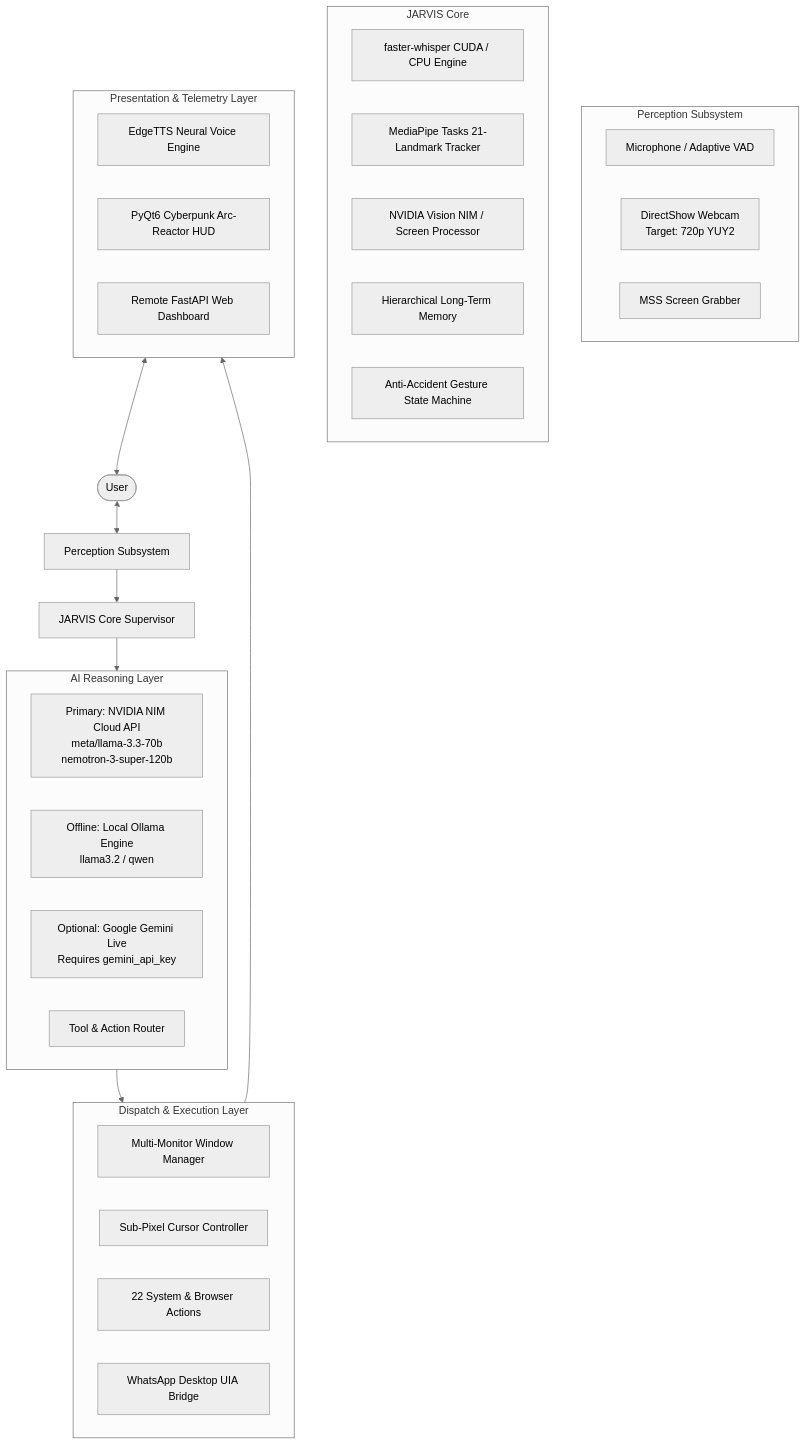
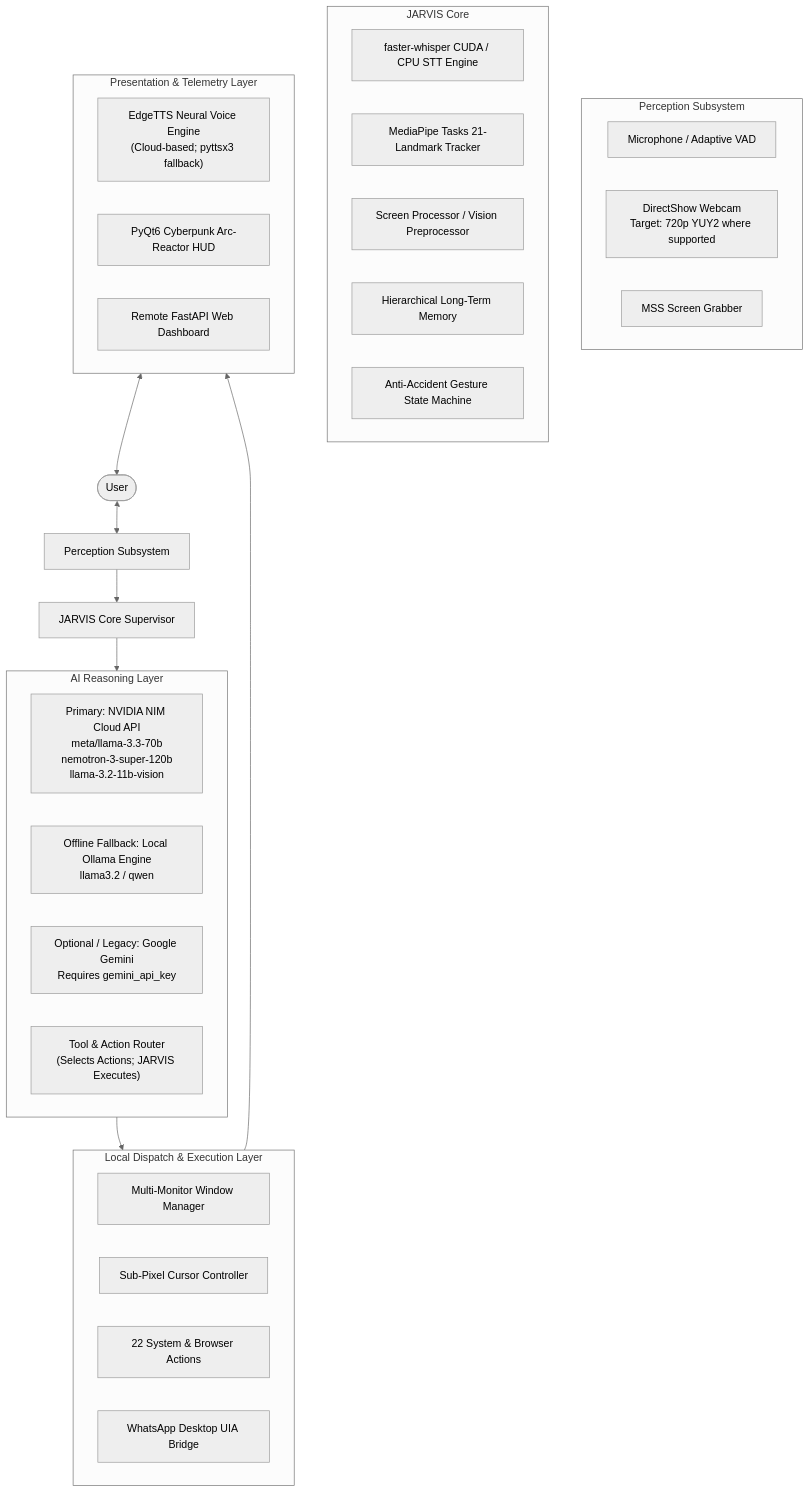
One commit to BitCrush777/Jarvis-Ai-Assistant changed the diagram in README.md. Above: the diagram before and after it, drawn with Mermaid (neutral theme). The commit also changed other lines of this file, not shown here.

Commit message:
docs: finalize README accuracy pass with NVIDIA-first architecture and accurate technical specifications

````diff
--- a/README.md
+++ b/README.md
@@ -59,48 +59,48 @@
 ```mermaid
 graph TD
     User([User]) <--> Perception[Perception Subsystem]
     
     subgraph Perception Subsystem
-        Mic[Microphone / Adaptive VAD]
-        Cam[DirectShow Webcam\nTarget: 720p YUY2]
-        Screen[MSS Screen Grabber]
+        Mic["Microphone / Adaptive VAD"]
+        Cam["DirectShow Webcam<br/>Target: 720p YUY2 where supported"]
+        Screen["MSS Screen Grabber"]
     end
     
     Perception --> Core[JARVIS Core Supervisor]
     
     subgraph JARVIS Core
-        STT[faster-whisper CUDA / CPU Engine]
-        Tracker[MediaPipe Tasks 21-Landmark Tracker]
-        Vision[NVIDIA Vision NIM / Screen Processor]
-        Memory[Hierarchical Long-Term Memory]
-        StateMachine[Anti-Accident Gesture State Machine]
+        STT["faster-whisper CUDA / CPU STT Engine"]
+        Tracker["MediaPipe Tasks 21-Landmark Tracker"]
+        Vision["Screen Processor / Vision Preprocessor"]
+        Memory["Hierarchical Long-Term Memory"]
+        StateMachine["Anti-Accident Gesture State Machine"]
     end
     
     Core --> Brain{AI Reasoning Layer}
     
     subgraph Brain [AI Reasoning Layer]
-        NvidiaNIM[Primary: NVIDIA NIM Cloud API\nmeta/llama-3.3-70b\nnemotron-3-super-120b]
-        LocalOllama[Offline: Local Ollama Engine\nllama3.2 / qwen]
-        GeminiFallback[Optional: Google Gemini Live\nRequires gemini_api_key]
-        Router[Tool & Action Router]
+        NvidiaNIM["Primary: NVIDIA NIM Cloud API<br/>meta/llama-3.3-70b<br/>nemotron-3-super-120b<br/>llama-3.2-11b-vision"]
+        LocalOllama["Offline Fallback: Local Ollama Engine<br/>llama3.2 / qwen"]
+        GeminiFallback["Optional / Legacy: Google Gemini<br/>Requires gemini_api_key"]
+        Router["Tool & Action Router<br/>(Selects Actions; JARVIS Executes)"]
     end
     
-    Brain --> Execution[Dispatch & Execution Layer]
+    Brain --> Execution[Local Dispatch & Execution Layer]
     
-    subgraph Execution [Dispatch & Execution Layer]
-        WinManager[Multi-Monitor Window Manager]
-        CursorCtrl[Sub-Pixel Cursor Controller]
-        SystemActions[22 System & Browser Actions]
-        WhatsApp[WhatsApp Desktop UIA Bridge]
+    subgraph Execution [Local Dispatch & Execution Layer]
+        WinManager["Multi-Monitor Window Manager"]
+        CursorCtrl["Sub-Pixel Cursor Controller"]
+        SystemActions["22 System & Browser Actions"]
+        WhatsApp["WhatsApp Desktop UIA Bridge"]
     end
     
     Execution --> Output[Presentation & Telemetry Layer]
     
     subgraph Output [Presentation & Telemetry Layer]
-        TTS[EdgeTTS Neural Voice Engine]
-        HUD[PyQt6 Cyberpunk Arc-Reactor HUD]
-        WebDash[Remote FastAPI Web Dashboard]
+        TTS["EdgeTTS Neural Voice Engine<br/>(Cloud-based; pyttsx3 fallback)"]
+        HUD["PyQt6 Cyberpunk Arc-Reactor HUD"]
+        WebDash["Remote FastAPI Web Dashboard"]
     end
     
     Output <--> User
 ```
````
